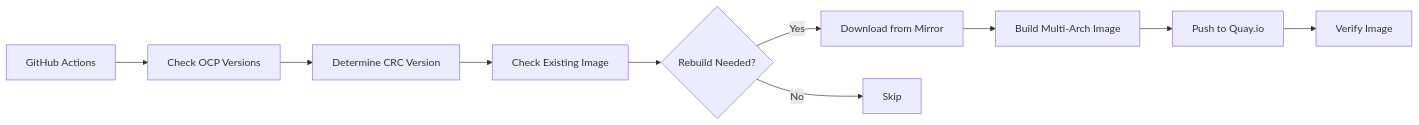
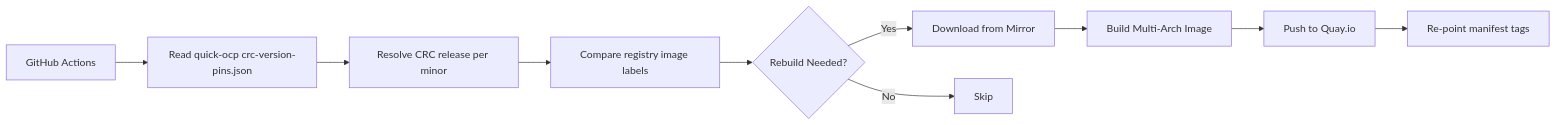
One commit to palmsoftware/quick-ocp-cache changed the first of 2 diagrams in README.md. Above: the diagram before and after it, drawn with Mermaid. The commit also changed other lines of this file and 5 other files, not shown here.

First line of the commit message:
fix: resolve CRC releases per minor and rebuild images on drift (#5)

````diff
--- a/README.md
+++ b/README.md
@@ -100,12 +107,12 @@
 ```mermaid
 graph LR
-    A[GitHub Actions] --> B[Check OCP Versions]
-    B --> C[Determine CRC Version]
-    C --> D[Check Existing Image]
+    A[GitHub Actions] --> B[Read quick-ocp crc-version-pins.json]
+    B --> C[Resolve CRC release per minor]
+    C --> D[Compare registry image labels]
     D --> E{Rebuild Needed?}
     E -->|Yes| F[Download from Mirror]
     E -->|No| G[Skip]
     F --> H[Build Multi-Arch Image]
     H --> I[Push to Quay.io]
-    I --> J[Verify Image]
+    I --> J[Re-point manifest tags]
 ```
````
